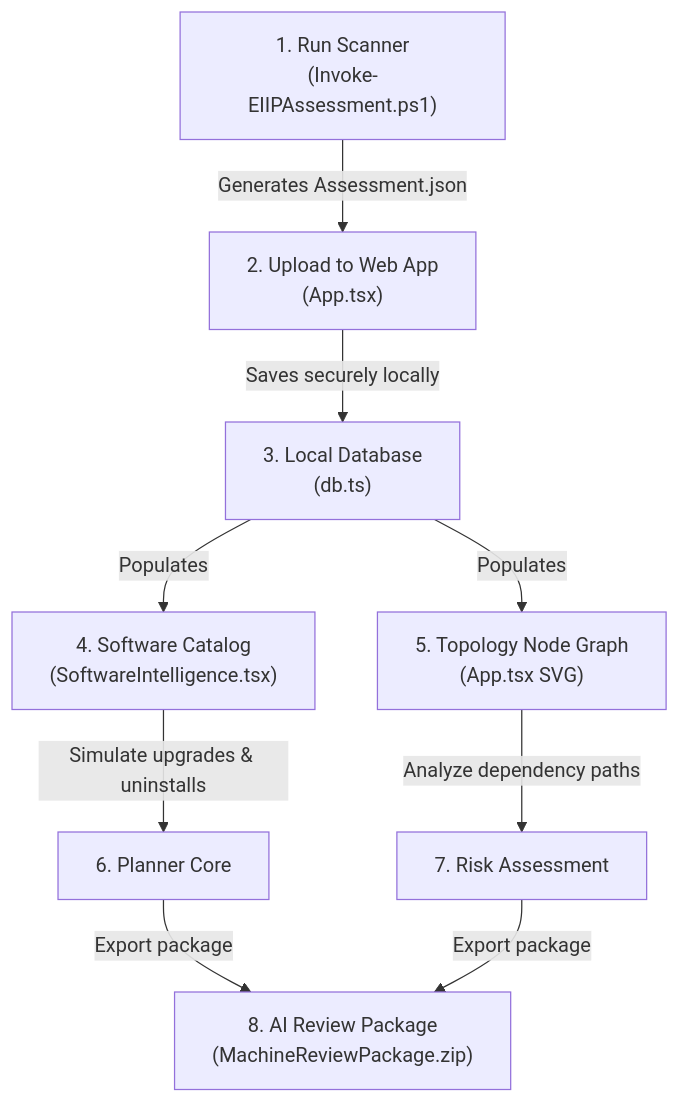
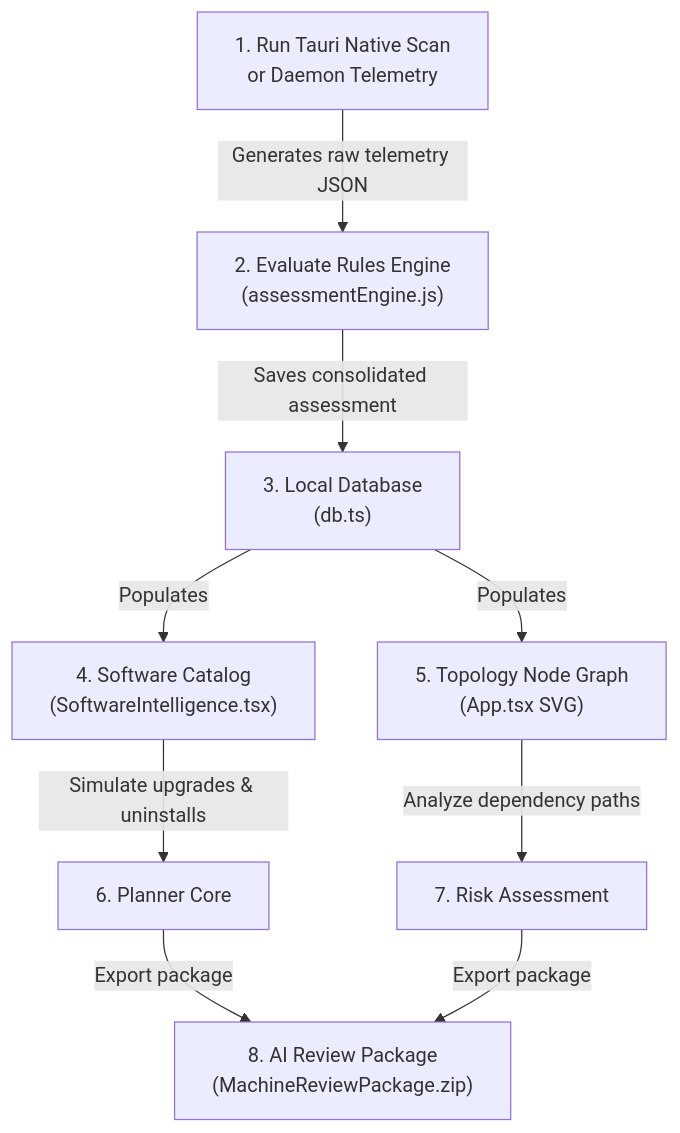
Before and after one commit to rjmad1/1_Sentinel: the diagram in docs/CodeWalkthrough.md, drawn with Mermaid. The commit also changed other lines of this file and 22 other files, not shown here.

````diff
--- a/docs/CodeWalkthrough.md
+++ b/docs/CodeWalkthrough.md
@@ -28,10 +28,10 @@
 ```mermaid
 graph TD
-    A["1. Run Scanner<br>(Invoke-EIIPAssessment.ps1)"] -->|Generates Assessment.json| B["2. Upload to Web App<br>(App.tsx)"]
-    B -->|Saves securely locally| C["3. Local Database<br>(db.ts)"]
+    A["1. Run Tauri Native Scan<br>or Daemon Telemetry"] -->|Generates raw telemetry JSON| B["2. Evaluate Rules Engine<br>(assessmentEngine.js)"]
+    B -->|Saves consolidated assessment| C["3. Local Database<br>(db.ts)"]
     C -->|Populates| D["4. Software Catalog<br>(SoftwareIntelligence.tsx)"]
     C -->|Populates| E["5. Topology Node Graph<br>(App.tsx SVG)"]
     D -->|Simulate upgrades & uninstalls| F["6. Planner Core"]
     E -->|Analyze dependency paths| G["7. Risk Assessment"]
     F & G -->|Export package| H["8. AI Review Package<br>(MachineReviewPackage.zip)"]
 ```
````
